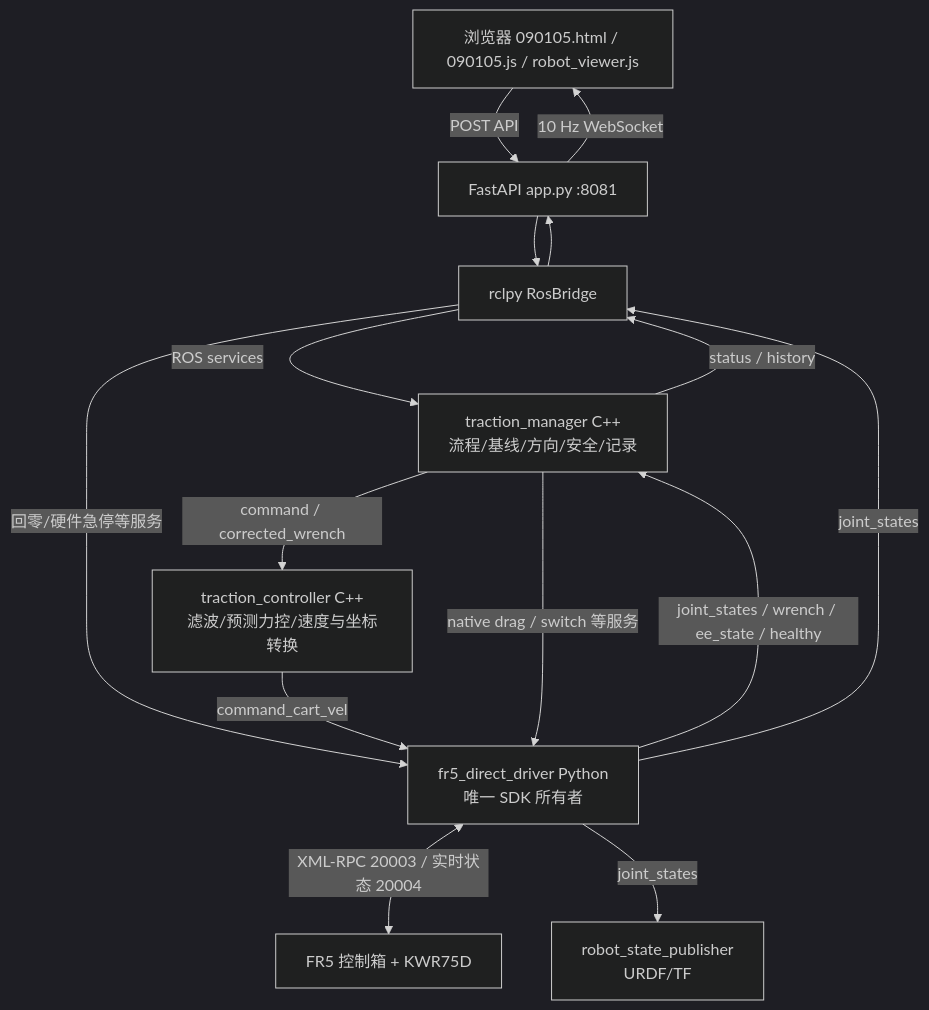
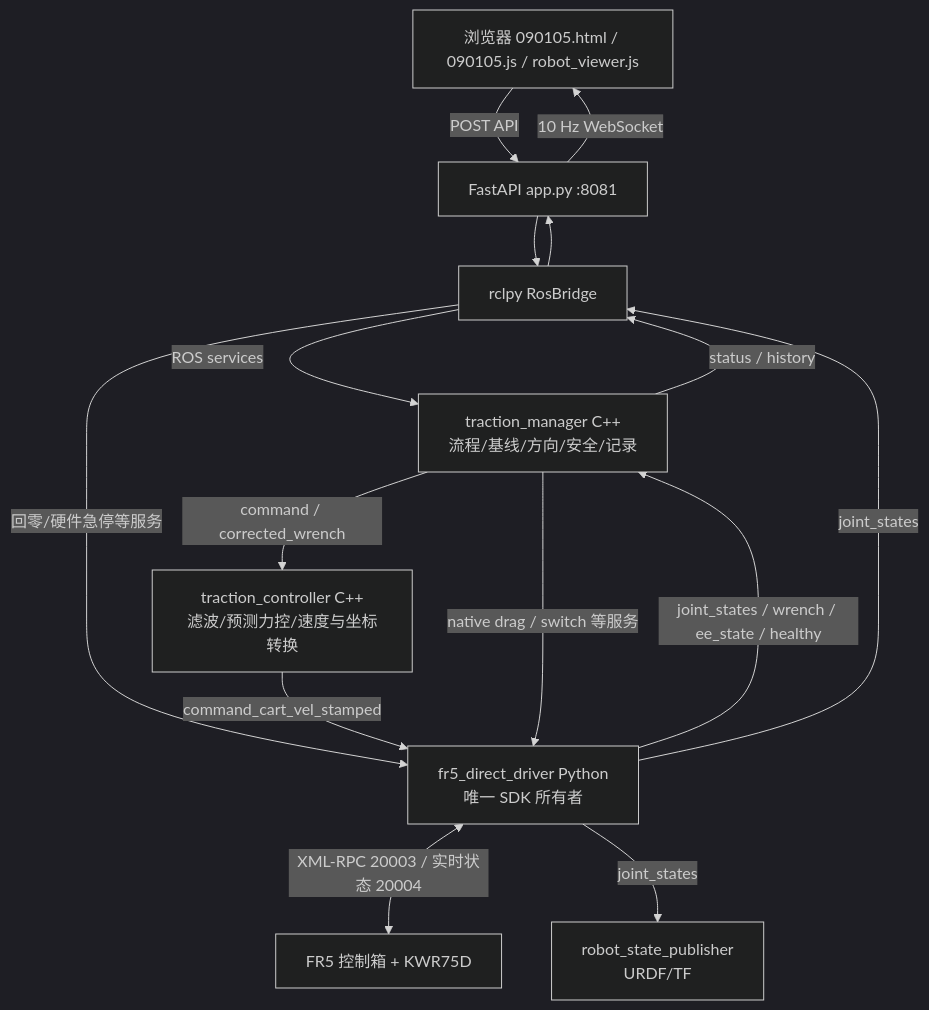
One commit to hoshizaki-akari/robot changed the diagram in fr5_traction_workstation/docs/handover/README.md. Above: the diagram before and after it, drawn with Mermaid (dark theme). The commit also changed other lines of this file and 23 other files, not shown here.

````diff
--- a/fr5_traction_workstation/docs/handover/README.md
+++ b/fr5_traction_workstation/docs/handover/README.md
@@ -22,23 +24,23 @@
 ```mermaid
 flowchart TD
     UI[浏览器 090105.html / 090105.js / robot_viewer.js]
     API[FastAPI app.py :8081]
     BRIDGE[rclpy RosBridge]
     MANAGER[traction_manager C++\n流程/基线/方向/安全/记录]
     CTRL[traction_controller C++\n滤波/预测力控/速度与坐标转换]
     DRIVER[fr5_direct_driver Python\n唯一 SDK 所有者]
     FR5[FR5 控制箱 + KWR75D]
     RSP[robot_state_publisher\nURDF/TF]
     UI -->|POST API| API --> BRIDGE
     BRIDGE -->|ROS services| MANAGER
     BRIDGE -->|回零/硬件急停等服务| DRIVER
     MANAGER -->|command / corrected_wrench| CTRL
-    CTRL -->|command_cart_vel| DRIVER
+    CTRL -->|command_cart_vel_stamped| DRIVER
     MANAGER -->|native drag / switch 等服务| DRIVER
     DRIVER <-->|XML-RPC 20003 / 实时状态 20004| FR5
     DRIVER -->|joint_states / wrench / ee_state / healthy| MANAGER
     DRIVER -->|joint_states| RSP
     DRIVER -->|joint_states| BRIDGE
     MANAGER -->|status / history| BRIDGE
     BRIDGE --> API -->|10 Hz WebSocket| UI
 ```
````
